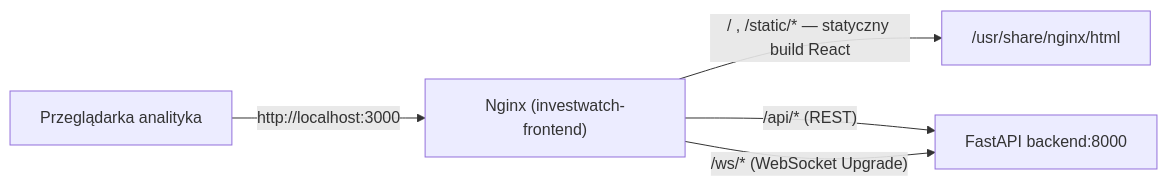
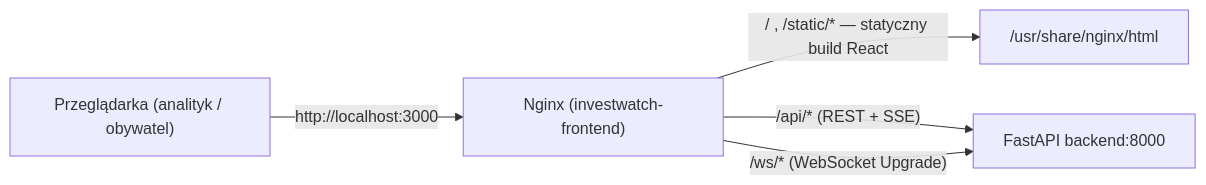
The first of 2 diagrams in docs/frontend-architecture.md (Aleks185/ryziqo), drawn with Mermaid before and after one commit. The commit also changed other lines of this file and 3 other files, not shown here.

````diff
--- a/docs/frontend-architecture.md
+++ b/docs/frontend-architecture.md
@@ -11,7 +26,7 @@
 ```mermaid
 flowchart LR
-    B["Przeglądarka analityka"] -->|"http://localhost:3000"| N["Nginx (investwatch-frontend)"]
+    B["Przeglądarka (analityk / obywatel)"] -->|"http://localhost:3000"| N["Nginx (investwatch-frontend)"]
     N -->|"/ , /static/* — statyczny build React"| S["/usr/share/nginx/html"]
-    N -->|"/api/* (REST)"| API["FastAPI backend:8000"]
+    N -->|"/api/* (REST + SSE)"| API["FastAPI backend:8000"]
     N -->|"/ws/* (WebSocket Upgrade)"| API
 ```
````
